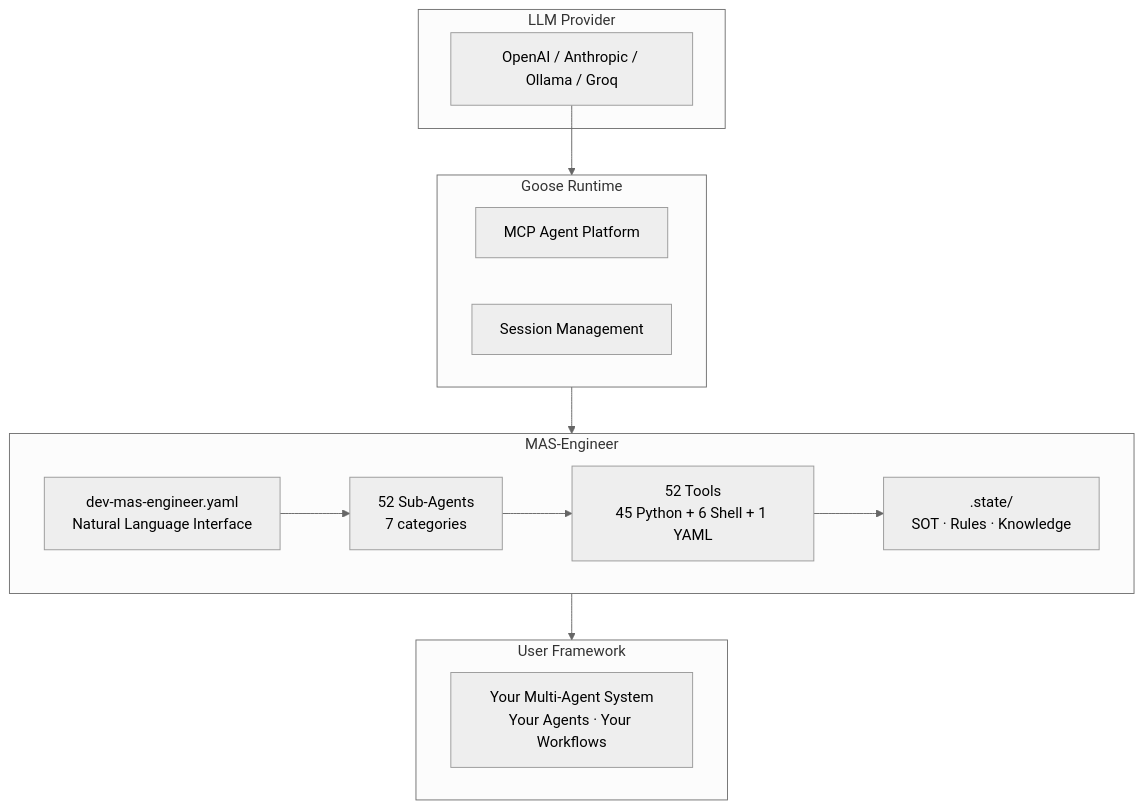
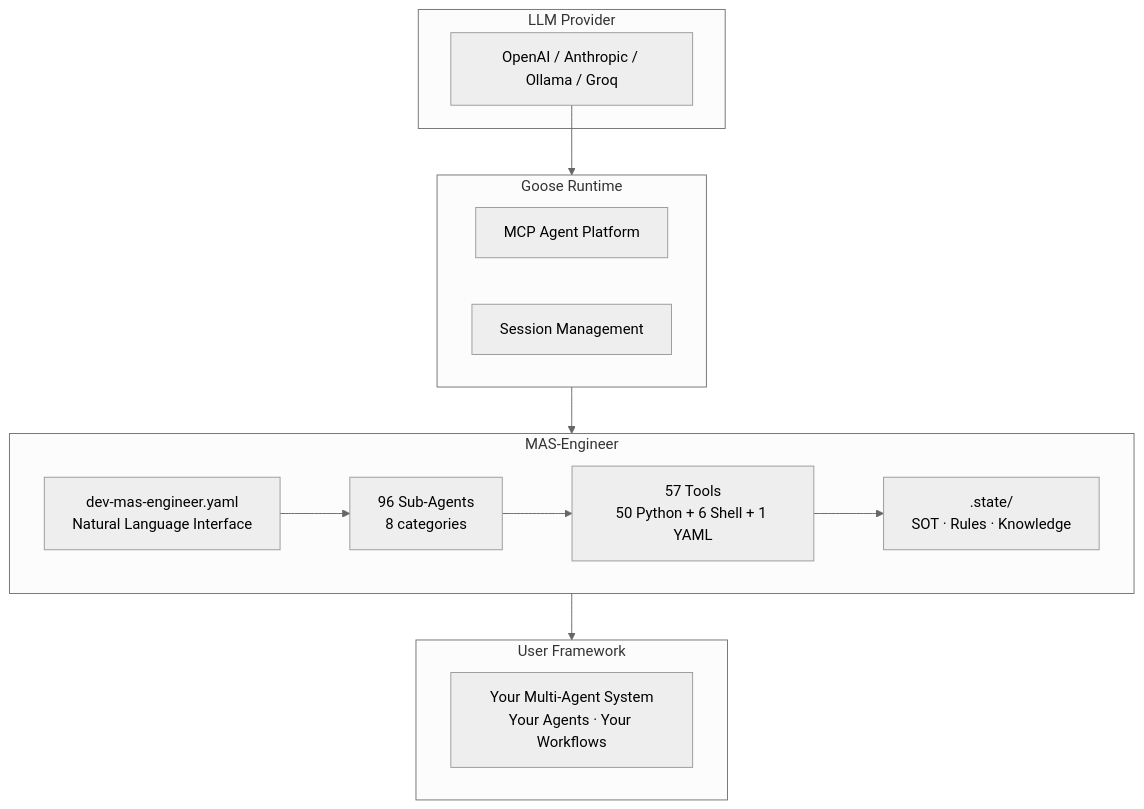
Before and after one commit to mczardybon/mas-engineer: the first of 5 diagrams in docs/architecture.md, drawn with Mermaid (neutral theme). The commit also changed other lines of this file and 14 other files, not shown here.

````diff
--- a/docs/architecture.md
+++ b/docs/architecture.md
@@ -5,26 +5,26 @@
 ```mermaid
 flowchart TB
     subgraph LLM["LLM Provider"]
         L1["OpenAI / Anthropic / Ollama / Groq"]
     end
     subgraph GOOSE["Goose Runtime"]
         G1["MCP Agent Platform"]
         G2["Session Management"]
     end
     subgraph ENGINEER["MAS-Engineer"]
         E1["dev-mas-engineer.yaml\nNatural Language Interface"]
-        E2["52 Sub-Agents\n7 categories"]
-        E3["52 Tools\n45 Python + 6 Shell + 1 YAML"]
+        E2["96 Sub-Agents\n8 categories"]
+        E3["57 Tools\n50 Python + 6 Shell + 1 YAML"]
         E4[".state/\nSOT · Rules · Knowledge"]
     end
     subgraph USER["User Framework"]
         U1["Your Multi-Agent System\nYour Agents · Your Workflows"]
     end
 
     L1 --> GOOSE
     GOOSE --> ENGINEER
     ENGINEER --> USER
     E1 --> E2
     E2 --> E3
     E3 --> E4
 ```
````
